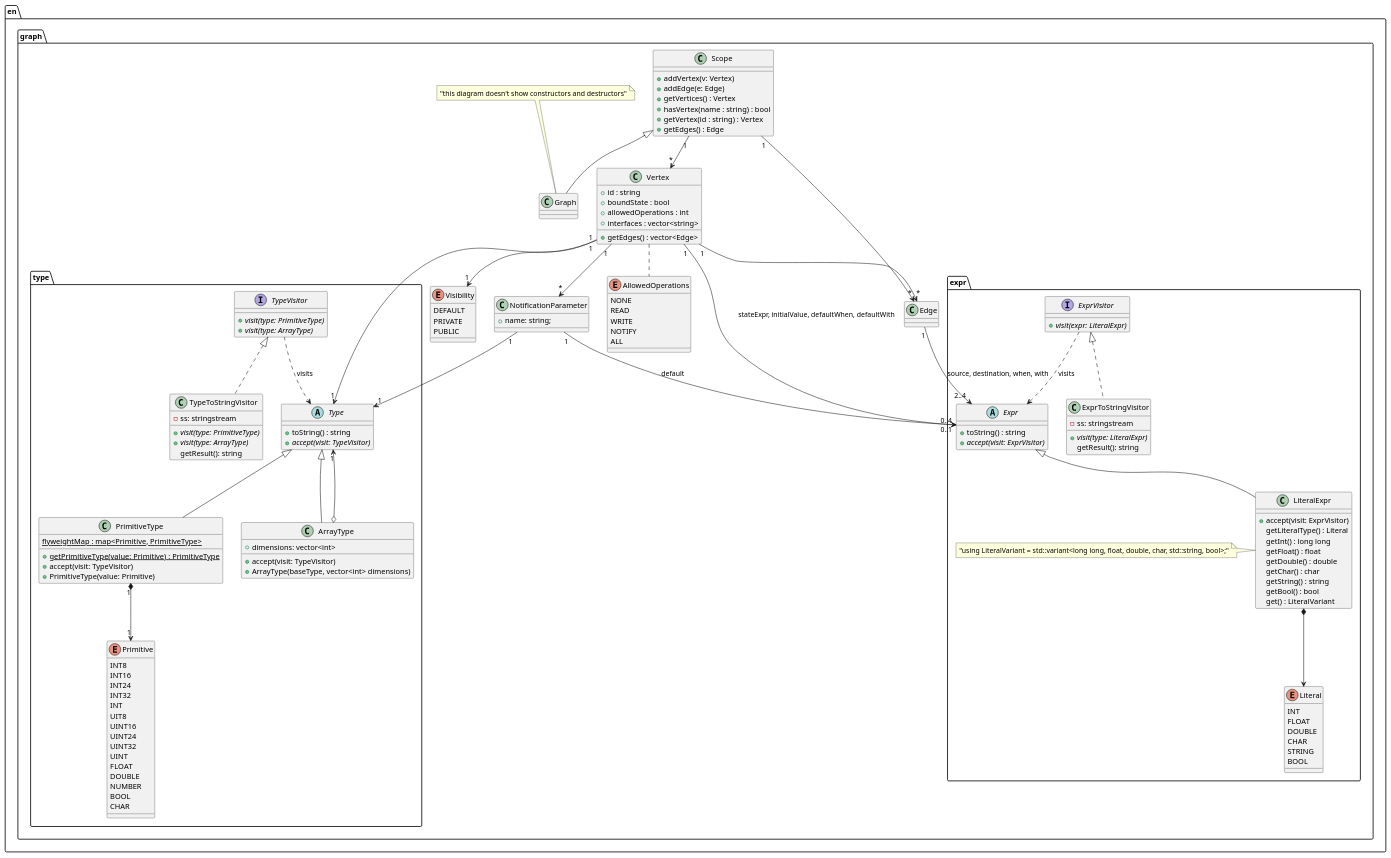
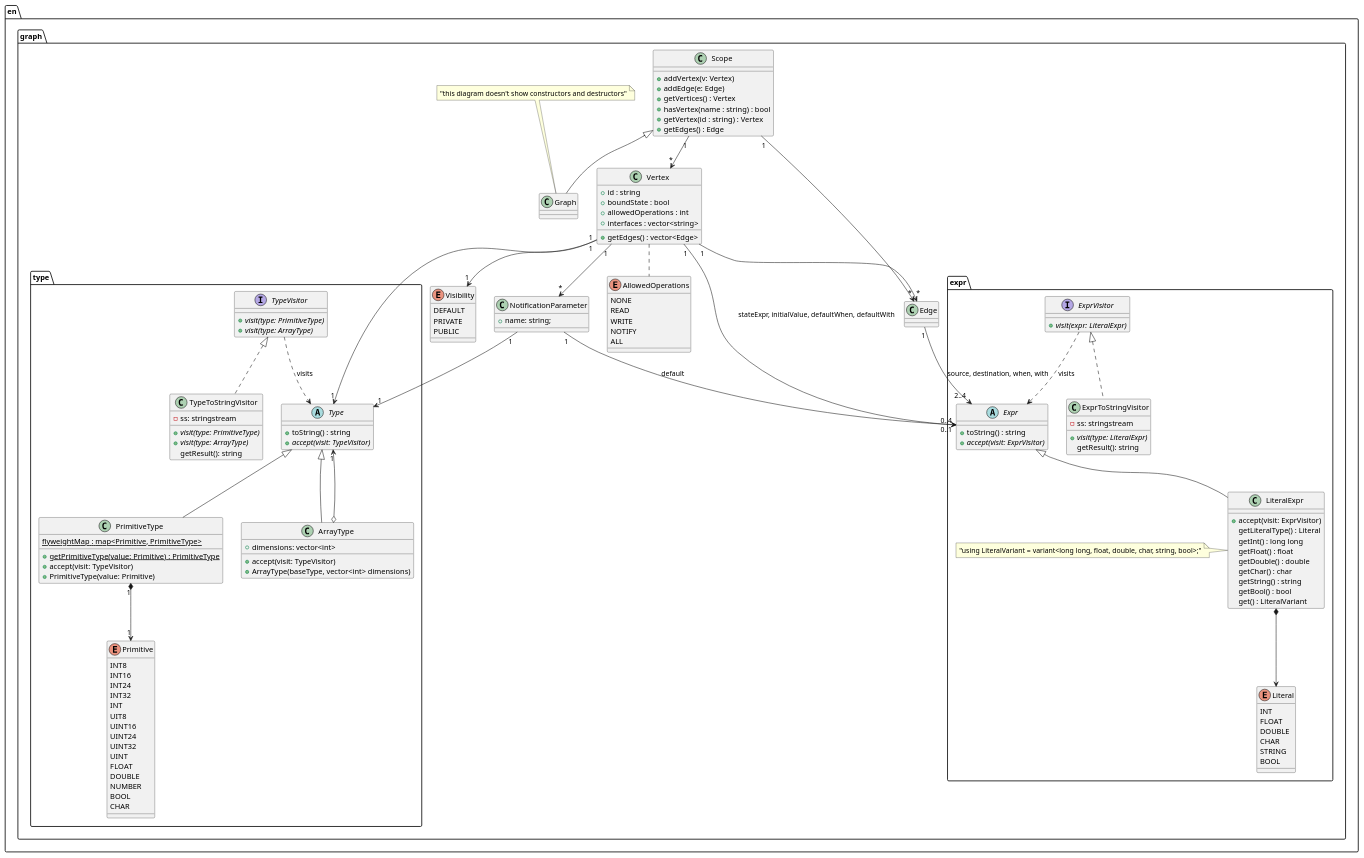
Before and after one commit to LucasEBSkora/Gnocchi: the diagram in specification and models/ENGraphClassDiagram.puml, drawn with PlantUML. The commit also changed 49 other files, not shown here.

Commit message:
i surrender to using namespace std;

```diff
--- a/specification and models/ENGraphClassDiagram.puml
+++ b/specification and models/ENGraphClassDiagram.puml
@@ -1,169 +1,169 @@
 @startuml "class"
 
 package en {
 
   package graph {
 
     package type {
       abstract class Type {
         + toString() : string
         {abstract} + accept(visit: TypeVisitor)
       }
 
       class PrimitiveType extends Type {
         {static} flyweightMap : map<Primitive, PrimitiveType>
         {static} + getPrimitiveType(value: Primitive) : PrimitiveType
         + accept(visit: TypeVisitor)
         + PrimitiveType(value: Primitive)
       }
 
       PrimitiveType "1" *--> "1" Primitive
 
       enum Primitive {
         INT8
         INT16
         INT24
         INT32
         INT
         UIT8
         UINT16
         UINT24
         UINT32
         UINT
         FLOAT
         DOUBLE
         NUMBER
         BOOL
         CHAR
       }
 
       class ArrayType extends Type {
         + dimensions: vector<int>
         + accept(visit: TypeVisitor)
         + ArrayType(baseType, vector<int> dimensions)
       }
 
       ArrayType o--> "1" Type
 
       interface TypeVisitor {
         {abstract} + visit(type: PrimitiveType)
         {abstract} + visit(type: ArrayType)
       }
 
       TypeVisitor ..> Type : visits
 
       class TypeToStringVisitor implements TypeVisitor {
         - ss: stringstream
         {abstract} + visit(type: PrimitiveType)
         {abstract} + visit(type: ArrayType)
         getResult(): string
       }
 
     }
 
     package expr {
       abstract class Expr {
         +toString() : string
         {abstract} + accept(visit: ExprVisitor)
       }
 
       enum Literal {
         INT
         FLOAT
         DOUBLE
         CHAR
         STRING
         BOOL
       }
 
 
       class LiteralExpr extends Expr {
         + accept(visit: ExprVisitor)
         getLiteralType() : Literal
         getInt() : long long
         getFloat() : float
         getDouble() : double
         getChar() : char
         getString() : string
         getBool() : bool
         get() : LiteralVariant
       }
 
       LiteralExpr *--> Literal
 
-      note left of LiteralExpr : "using LiteralVariant = std::variant<long long, float, double, char, std::string, bool>;"
+      note left of LiteralExpr : "using LiteralVariant = variant<long long, float, double, char, string, bool>;"
 
       interface ExprVisitor {
         {abstract} + visit(expr: LiteralExpr)
       }
 
       ExprVisitor ..> Expr : visits
 
       class ExprToStringVisitor implements ExprVisitor {
         - ss: stringstream
         {abstract} + visit(type: LiteralExpr)
         getResult(): string
       }
 
     }
 
     enum Visibility
     {
       DEFAULT
       PRIVATE
       PUBLIC
     }
 
     class Graph extends Scope
 
     class Scope {
       + addVertex(v: Vertex)
       + addEdge(e: Edge)
       + getVertices() : Vertex
       + hasVertex(name : string) : bool
       + getVertex(id : string) : Vertex
       + getEdges() : Edge
     }
 
     Scope "1" -->  "*" Vertex
     Scope "1" -->  "*" Edge
 
     enum AllowedOperations
     {
       NONE
       READ
       WRITE
       NOTIFY
       ALL
     }
 
     class Vertex {
       + id : string
       + boundState : bool
       + allowedOperations : int
       + interfaces : vector<string>
       + getEdges() : vector<Edge>
     }
 
     Vertex "1" --> "1" Visibility
     Vertex "1" --> "1" type.Type
     Vertex "1" --> "*" NotificationParameter
     Vertex "1" --> "0..4" expr.Expr : stateExpr, initialValue, defaultWhen, defaultWith
     Vertex "1" --> "*" Edge
     Vertex .. AllowedOperations
 
     class Edge
     Edge "1" --> "2..4" expr.Expr: source, destination, when, with
 
     class NotificationParameter
     {
       + name: string;
     }
 
     NotificationParameter "1" --> "1" Type
     NotificationParameter "1" --> "0..1" Expr : default
 
     note top of Graph : "this diagram doesn't show constructors and destructors"
   }
 }
 @enduml
```
